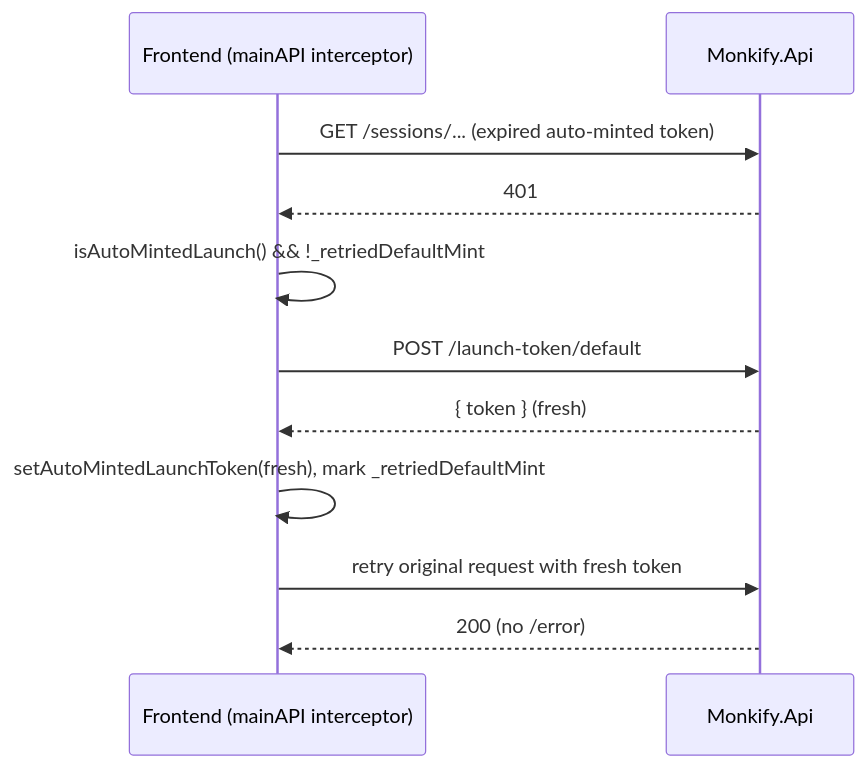
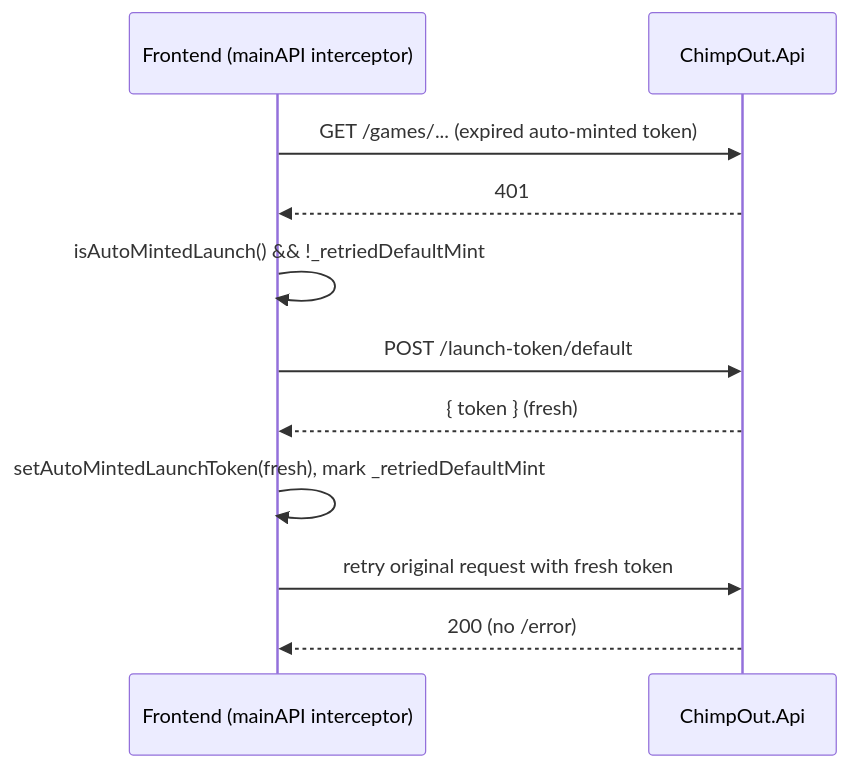
The second of 2 diagrams in specs/main-production-operator.md (marcusruas/monkify-meta), drawn with Mermaid before and after one commit. The commit also changed other lines of this file and 57 other files, not shown here.

First line of the commit message:
Rebrand: Monkify->ChimpOut, Session->Game in KB prose (monkify-meta)

````diff
--- a/specs/main-production-operator.md
+++ b/specs/main-production-operator.md
@@ -504,13 +504,13 @@
 ```mermaid
 sequenceDiagram
   participant SPA as Frontend (mainAPI interceptor)
-  participant API as Monkify.Api
-  SPA->>API: GET /sessions/... (expired auto-minted token)
+  participant API as ChimpOut.Api
+  SPA->>API: GET /games/... (expired auto-minted token)
   API-->>SPA: 401
   SPA->>SPA: isAutoMintedLaunch() && !_retriedDefaultMint
   SPA->>API: POST /launch-token/default
   API-->>SPA: { token } (fresh)
   SPA->>SPA: setAutoMintedLaunchToken(fresh), mark _retriedDefaultMint
   SPA->>API: retry original request with fresh token
   API-->>SPA: 200 (no /error)
 ```
````
